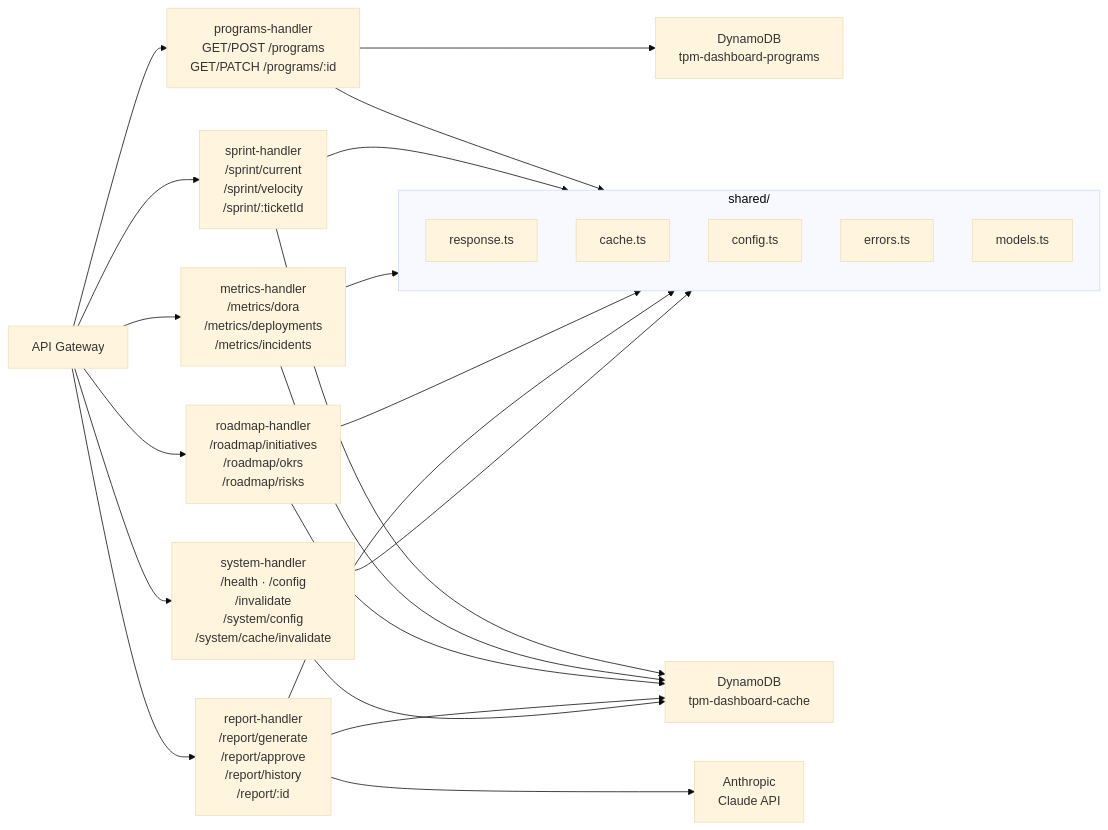
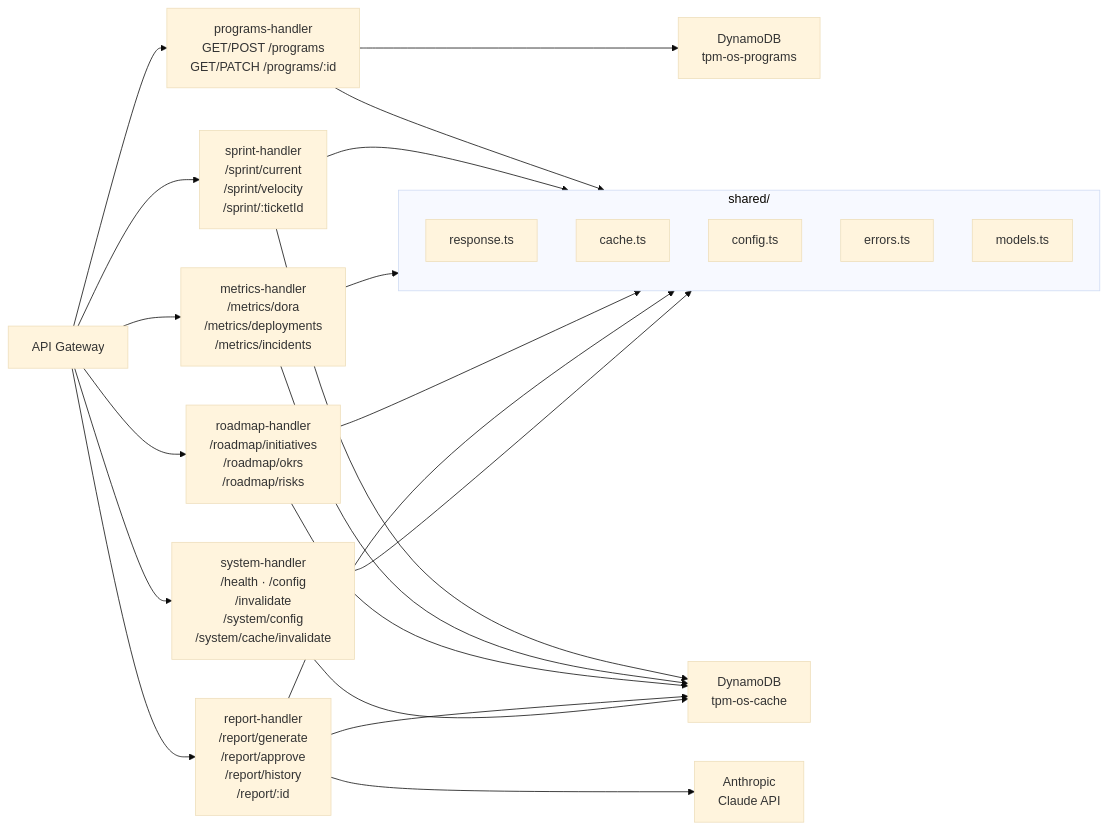
The second of 6 diagrams in ARCHITECTURE.md (harshul88/tpm-dashboard), drawn with Mermaid (base theme) before and after one commit. The commit also changed other lines of this file, not shown here.

First line of the commit message:
docs(architecture): redact sensitive AWS identifiers

````diff
--- a/ARCHITECTURE.md
+++ b/ARCHITECTURE.md
@@ -113,22 +113,22 @@
 ```mermaid
 graph LR
     APIGW["API Gateway"] --> PGM["programs-handler\nGET/POST /programs\nGET/PATCH /programs/:id"]
     APIGW --> SPR["sprint-handler\n/sprint/current\n/sprint/velocity\n/sprint/:ticketId"]
     APIGW --> MET["metrics-handler\n/metrics/dora\n/metrics/deployments\n/metrics/incidents"]
     APIGW --> RDM["roadmap-handler\n/roadmap/initiatives\n/roadmap/okrs\n/roadmap/risks"]
     APIGW --> RPT["report-handler\n/report/generate\n/report/approve\n/report/history\n/report/:id"]
     APIGW --> SYS["system-handler\n/health · /config\n/invalidate\n/system/config\n/system/cache/invalidate"]
 
     subgraph Shared ["shared/"]
         RSP["response.ts"]
         CCH["cache.ts"]
         CFG["config.ts"]
         ERR["errors.ts"]
         MDL["models.ts"]
     end
 
     PGM & SPR & MET & RDM & RPT & SYS --> Shared
     RPT --> Claude["Anthropic\nClaude API"]
-    PGM --> DDB_P["DynamoDB\ntpm-dashboard-programs"]
-    SPR & MET & RDM & RPT & SYS --> DDB_C["DynamoDB\ntpm-dashboard-cache"]
+    PGM --> DDB_P["DynamoDB\ntpm-os-programs"]
+    SPR & MET & RDM & RPT & SYS --> DDB_C["DynamoDB\ntpm-os-cache"]
 ```
````
